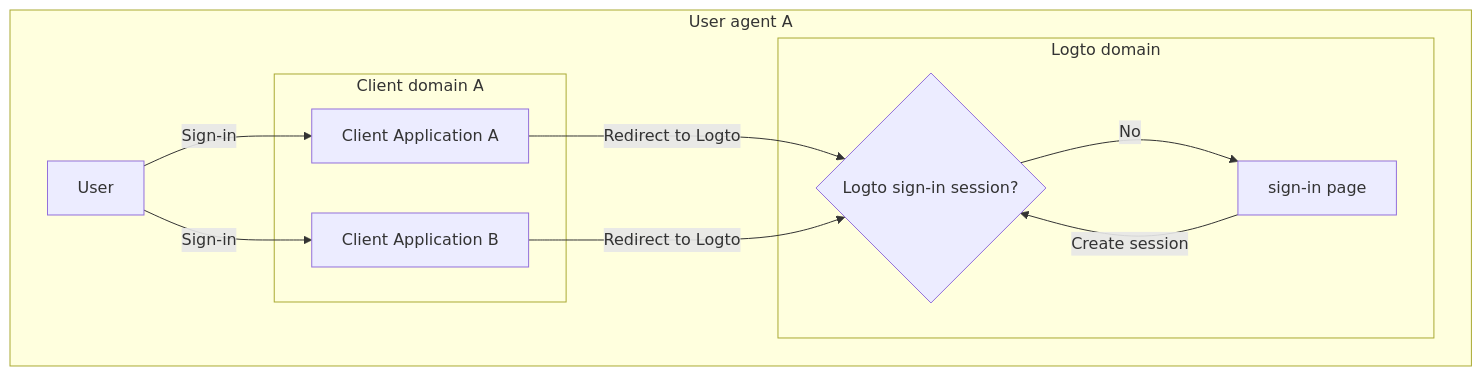
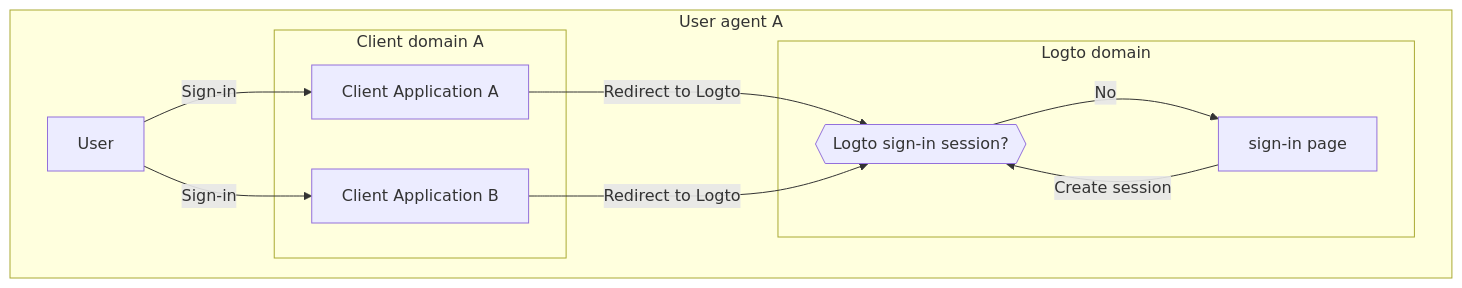
The second of 3 diagrams in docs/end-user-flows/sign-out.mdx (logto-io/docs), drawn with Mermaid before and after one commit. The commit also changed other lines of this file and 3 other files, not shown here.

First line of the commit message:
fix: update the mermaid flowchart

````diff
--- a/docs/end-user-flows/sign-out.mdx
+++ b/docs/end-user-flows/sign-out.mdx
@@ -59,26 +59,26 @@
    ```mermaid
     flowchart TD
     subgraph User [User agent A]
       U[User]
 
       subgraph Layer1 [Client domain A]
         A[Client Application A]
       end
 
       subgraph Layer1 [Client domain B]
         B[Client Application B]
       end
 
       subgraph Layer2 [Logto domain]
-          C{Logto sign-in session?}
+          C{{Logto sign-in session?}}
           D[sign-in page]
       end
     end
 
     U --> |Sign-in| A
     A --> |Redirect to Logto| C
     U --> |Sign-in| B
     B --> |Redirect to Logto| C
     C --> |No| D
     D --> |Create session| C
    ```
````
